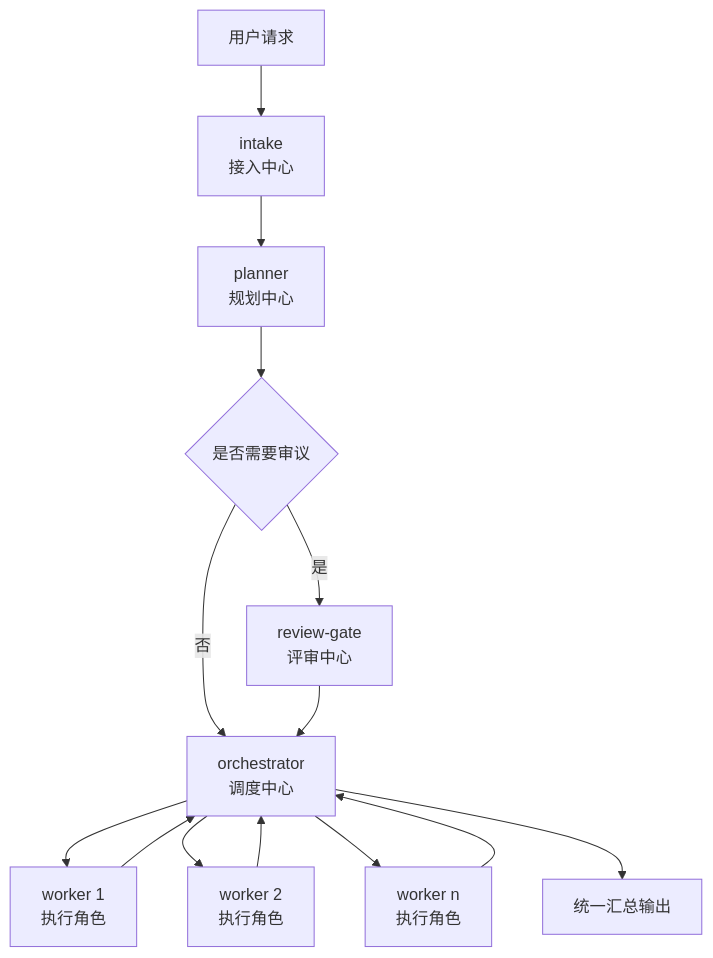
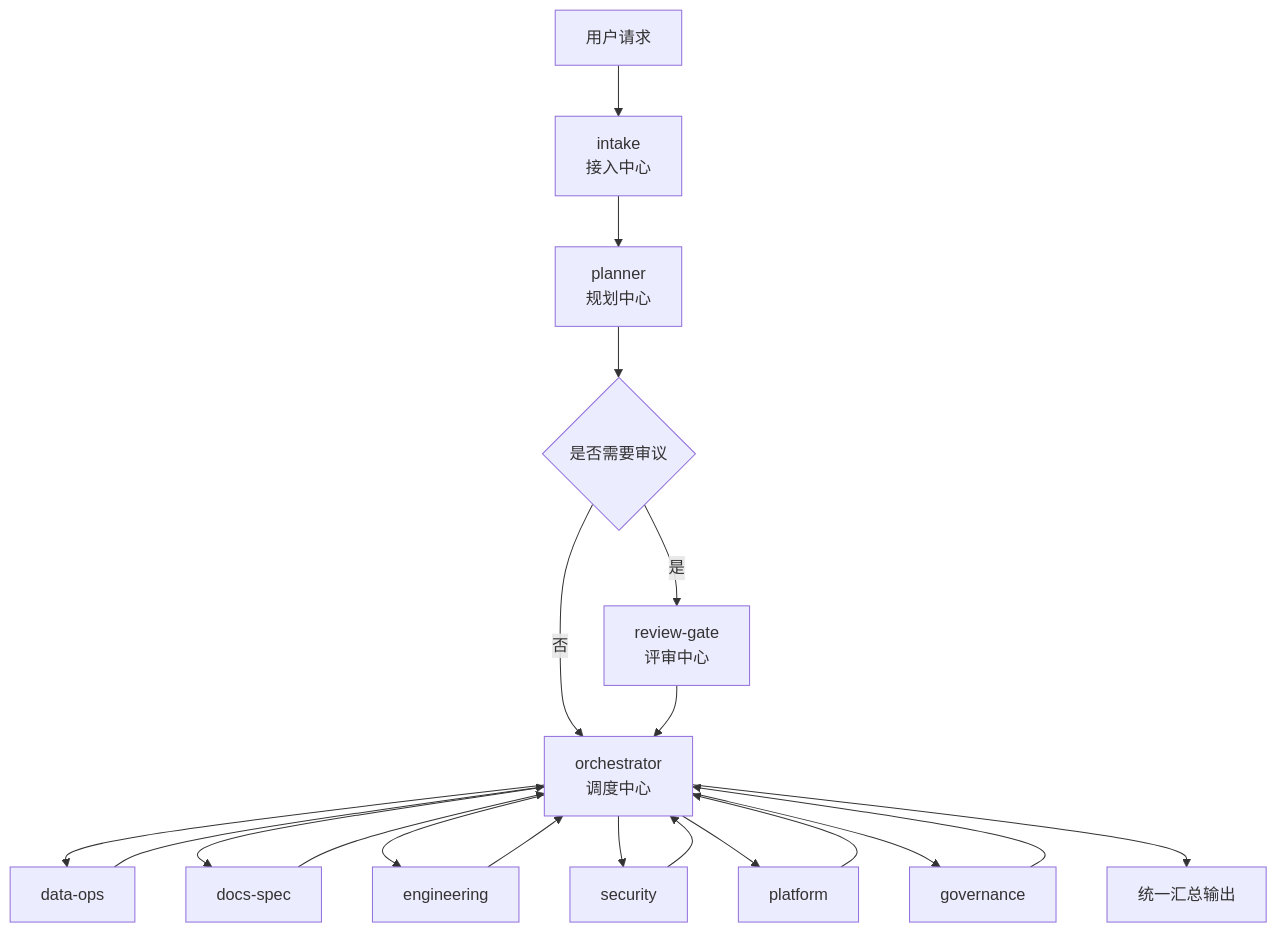
The diagram in TEAM_SHARE_MULTI_AGENT_GOVERNANCE.zh-CN.md (awfaups/intake-governance), drawn with Mermaid before and after one commit. The commit also changed other lines of this file and 6 other files, not shown here.

````diff
--- a/TEAM_SHARE_MULTI_AGENT_GOVERNANCE.zh-CN.md
+++ b/TEAM_SHARE_MULTI_AGENT_GOVERNANCE.zh-CN.md
@@ -25,16 +27,22 @@
 ```mermaid
 flowchart TD
     U[用户请求] --> I[intake<br/>接入中心]
     I --> P[planner<br/>规划中心]
     P --> R{是否需要审议}
     R -->|是| G[review-gate<br/>评审中心]
     R -->|否| O[orchestrator<br/>调度中心]
     G --> O
-    O --> W1[worker 1<br/>执行角色]
-    O --> W2[worker 2<br/>执行角色]
-    O --> W3[worker n<br/>执行角色]
+    O --> W1[data-ops]
+    O --> W2[docs-spec]
+    O --> W3[engineering]
+    O --> W4[security]
+    O --> W5[platform]
+    O --> W6[governance]
     W1 --> O
     W2 --> O
     W3 --> O
+    W4 --> O
+    W5 --> O
+    W6 --> O
     O --> F[统一汇总输出]
 ```
````
